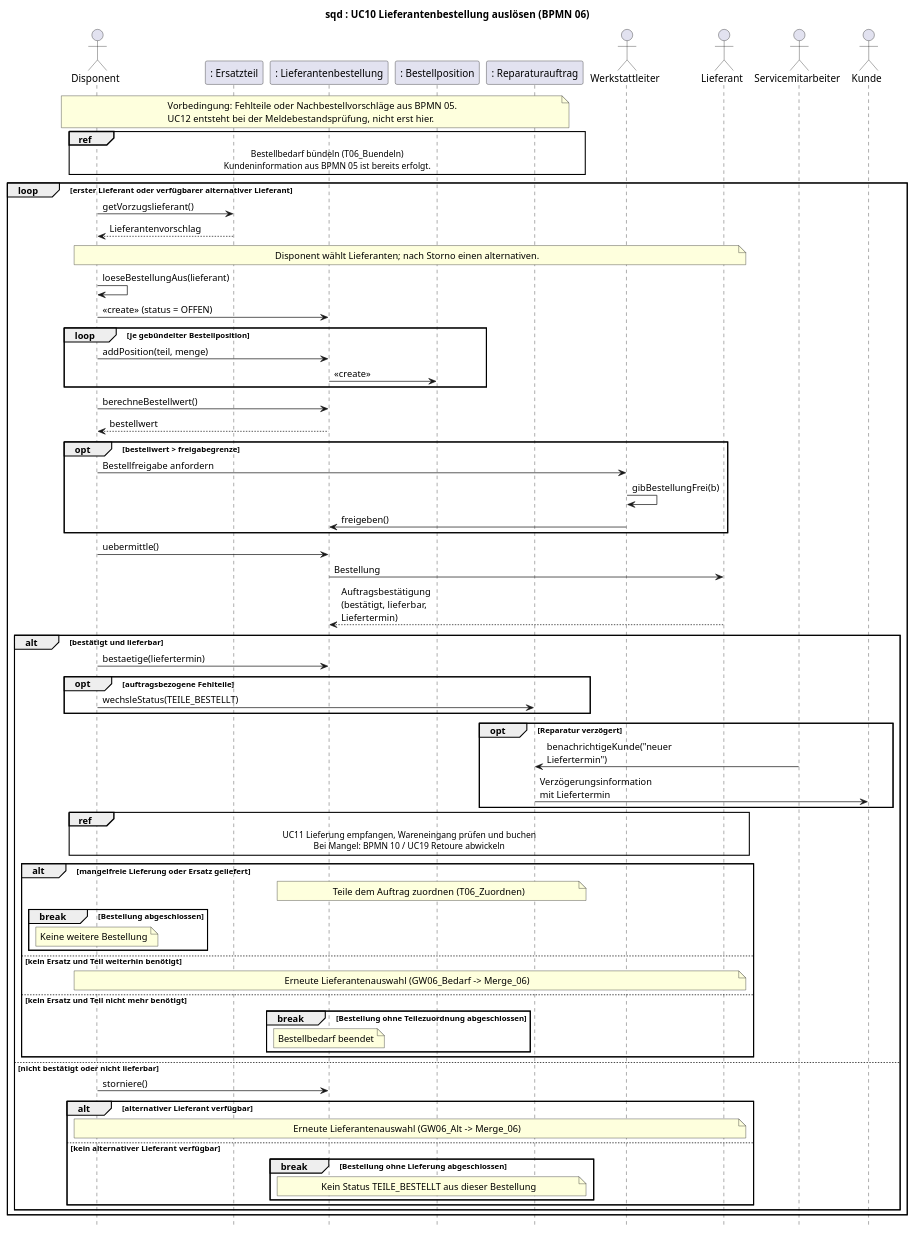
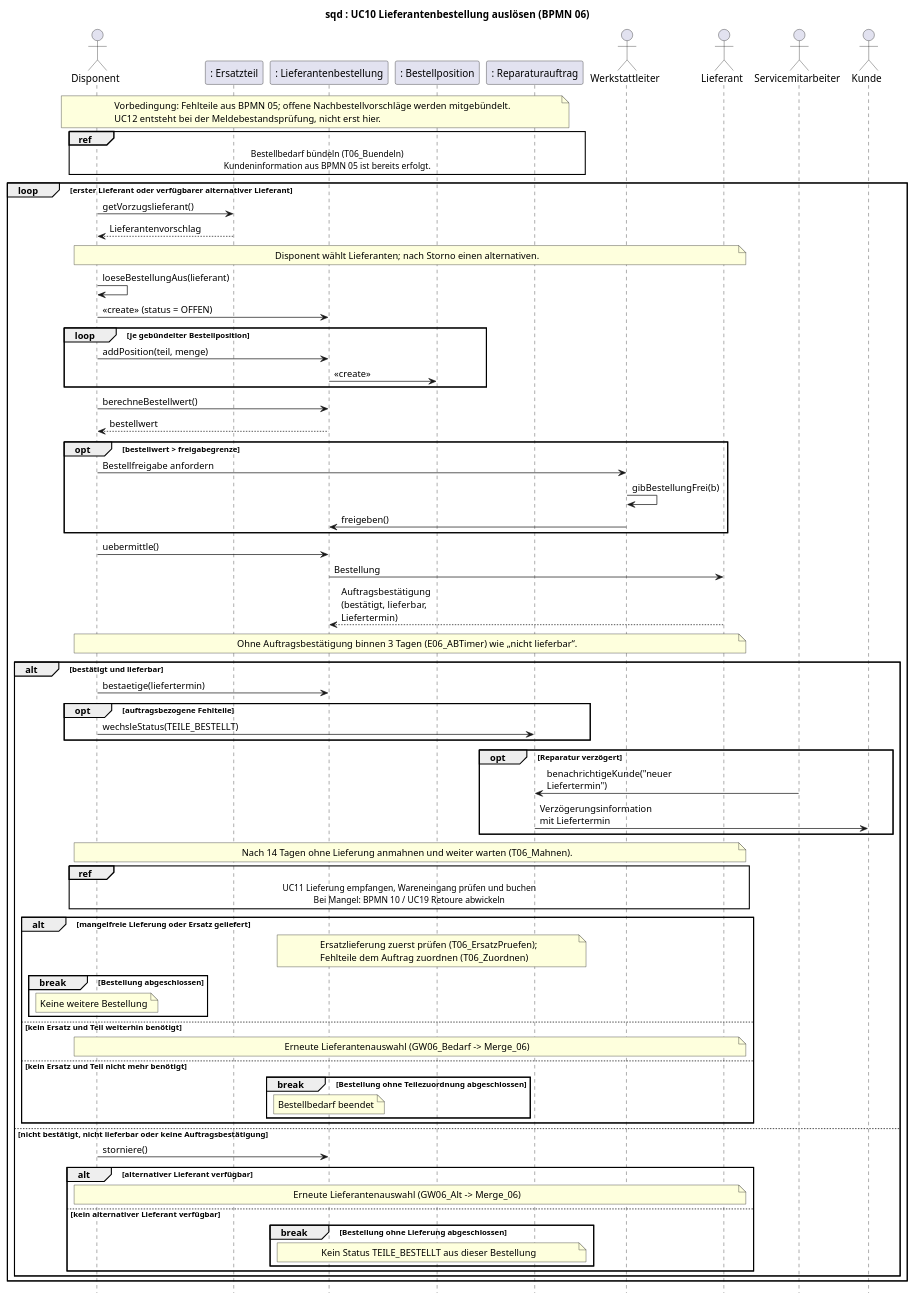
Before and after one commit to jakobschwan123-cmd/casestudy-semester-3: the diagram in uml/sequenz-06-nachbestellvorschlag.puml, drawn with PlantUML. The commit also changed 17 other files, not shown here.

```diff
--- a/uml/sequenz-06-nachbestellvorschlag.puml
+++ b/uml/sequenz-06-nachbestellvorschlag.puml
@@ -1,75 +1,77 @@
 @startuml
 ' BPMN: p06-ersatzteilbestellung.bpmn
-' BPMN-Nodes: T06_Buendeln T06_Lieferant T06_Bestellung GW06_Grenze T06_Freigabe T06_Senden T06_AB GW06_Lieferbar T06_Storno T06_Alternative GW06_Alt T06_Termin GW06_Verzoegert T06_KundeInfo T06_Lieferung T06_Wareneingang GW06_Mangelfrei T06_Retoure GW06_Ersatz GW06_Bedarf T06_Zuordnen
+' BPMN-Nodes: T06_Buendeln T06_Lieferant T06_Bestellung GW06_Grenze T06_Freigabe T06_Senden GW06_AB E06_AB E06_ABTimer GW06_Lieferbar T06_Storno T06_Alternative GW06_Alt T06_Termin GW06_Verzoegert T06_KundeInfo GW06_Lief E06_Lieferung E06_LiefTimer T06_Mahnen T06_Wareneingang GW06_Mangelfrei T06_Retoure GW06_Ersatz T06_ErsatzPruefen GW06_Bedarf T06_Zuordnen
 title sqd : UC10 Lieferantenbestellung auslösen (BPMN 06)
 skinparam defaultFontName Arial
 skinparam sequenceMessageAlign left
 skinparam maxMessageSize 160
 hide footbox
 
 actor Disponent
 participant ": Ersatzteil" as ET
 participant ": Lieferantenbestellung" as BEST
 participant ": Bestellposition" as POS
 participant ": Reparaturauftrag" as RA
 actor Werkstattleiter as WL
 actor Lieferant
 actor Servicemitarbeiter as SM
 actor Kunde
 
-note over Disponent, RA : Vorbedingung: Fehlteile oder Nachbestellvorschläge aus BPMN 05.\nUC12 entsteht bei der Meldebestandsprüfung, nicht erst hier.
+note over Disponent, RA : Vorbedingung: Fehlteile aus BPMN 05; offene Nachbestellvorschläge werden mitgebündelt.\nUC12 entsteht bei der Meldebestandsprüfung, nicht erst hier.
 ref over Disponent, RA : Bestellbedarf bündeln (T06_Buendeln)\nKundeninformation aus BPMN 05 ist bereits erfolgt.
 loop erster Lieferant oder verfügbarer alternativer Lieferant
     Disponent -> ET : getVorzugslieferant()
     ET --> Disponent : Lieferantenvorschlag
     note over Disponent, Lieferant : Disponent wählt Lieferanten; nach Storno einen alternativen.
     Disponent -> Disponent : loeseBestellungAus(lieferant)
     Disponent -> BEST : <<create>> (status = OFFEN)
     loop je gebündelter Bestellposition
         Disponent -> BEST : addPosition(teil, menge)
         BEST -> POS : <<create>>
     end
     Disponent -> BEST : berechneBestellwert()
     BEST --> Disponent : bestellwert
     opt bestellwert > freigabegrenze
         Disponent -> WL : Bestellfreigabe anfordern
         WL -> WL : gibBestellungFrei(b)
         WL -> BEST : freigeben()
     end
     Disponent -> BEST : uebermittle()
     BEST -> Lieferant : Bestellung
     Lieferant --> BEST : Auftragsbestätigung (bestätigt, lieferbar, Liefertermin)
+    note over Disponent, Lieferant : Ohne Auftragsbestätigung binnen 3 Tagen (E06_ABTimer) wie „nicht lieferbar“.
     alt bestätigt und lieferbar
         Disponent -> BEST : bestaetige(liefertermin)
         opt auftragsbezogene Fehlteile
             Disponent -> RA : wechsleStatus(TEILE_BESTELLT)
         end
         opt Reparatur verzögert
             SM -> RA : benachrichtigeKunde("neuer Liefertermin")
             RA -> Kunde : Verzögerungsinformation mit Liefertermin
         end
+        note over Disponent, Lieferant : Nach 14 Tagen ohne Lieferung anmahnen und weiter warten (T06_Mahnen).
         ref over Disponent, BEST, Lieferant : UC11 Lieferung empfangen, Wareneingang prüfen und buchen\nBei Mangel: BPMN 10 / UC19 Retoure abwickeln
         alt mangelfreie Lieferung oder Ersatz geliefert
-            note over BEST, RA : Teile dem Auftrag zuordnen (T06_Zuordnen)
+            note over BEST, RA : Ersatzlieferung zuerst prüfen (T06_ErsatzPruefen);\nFehlteile dem Auftrag zuordnen (T06_Zuordnen)
             break Bestellung abgeschlossen
                 note over Disponent : Keine weitere Bestellung
             end
         else kein Ersatz und Teil weiterhin benötigt
             note over Disponent, Lieferant : Erneute Lieferantenauswahl (GW06_Bedarf -> Merge_06)
         else kein Ersatz und Teil nicht mehr benötigt
             break Bestellung ohne Teilezuordnung abgeschlossen
                 note over BEST : Bestellbedarf beendet
             end
         end
-    else nicht bestätigt oder nicht lieferbar
+    else nicht bestätigt, nicht lieferbar oder keine Auftragsbestätigung
         Disponent -> BEST : storniere()
         alt alternativer Lieferant verfügbar
             note over Disponent, Lieferant : Erneute Lieferantenauswahl (GW06_Alt -> Merge_06)
         else kein alternativer Lieferant verfügbar
             break Bestellung ohne Lieferung abgeschlossen
                 note over BEST, RA : Kein Status TEILE_BESTELLT aus dieser Bestellung
             end
         end
     end
 end
 @enduml
```
